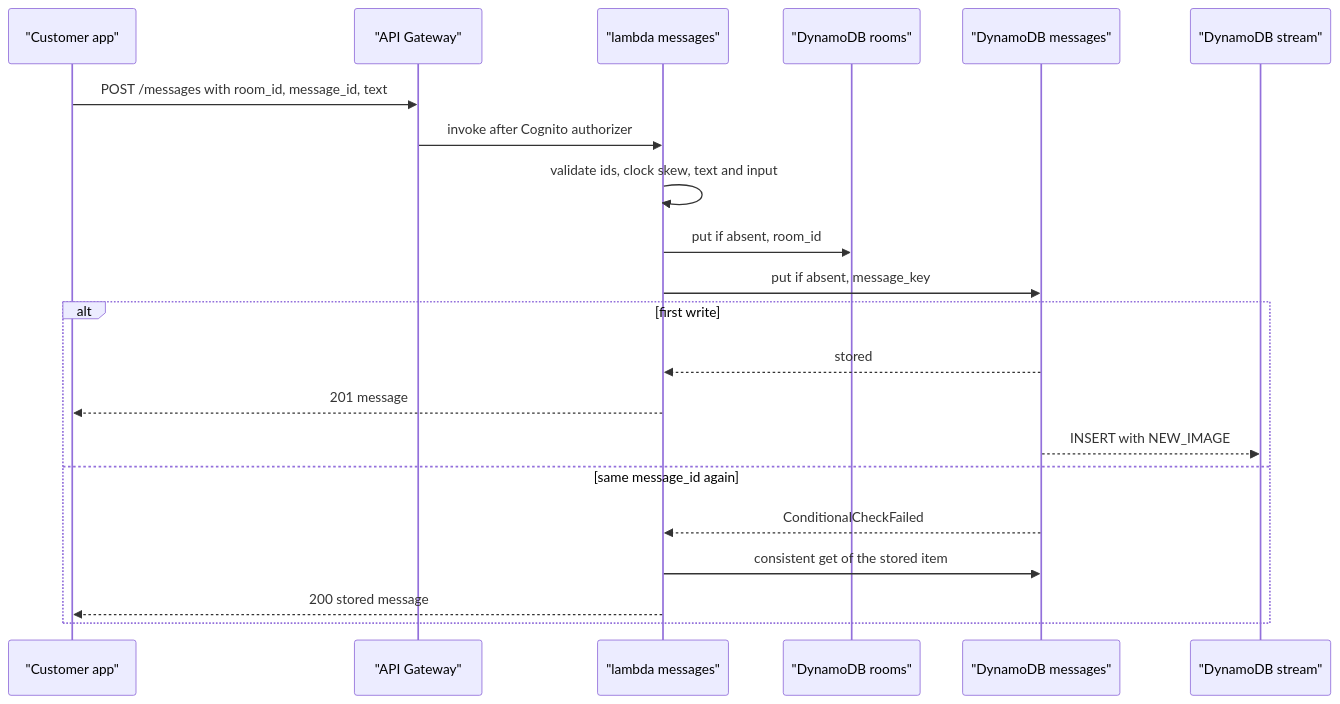
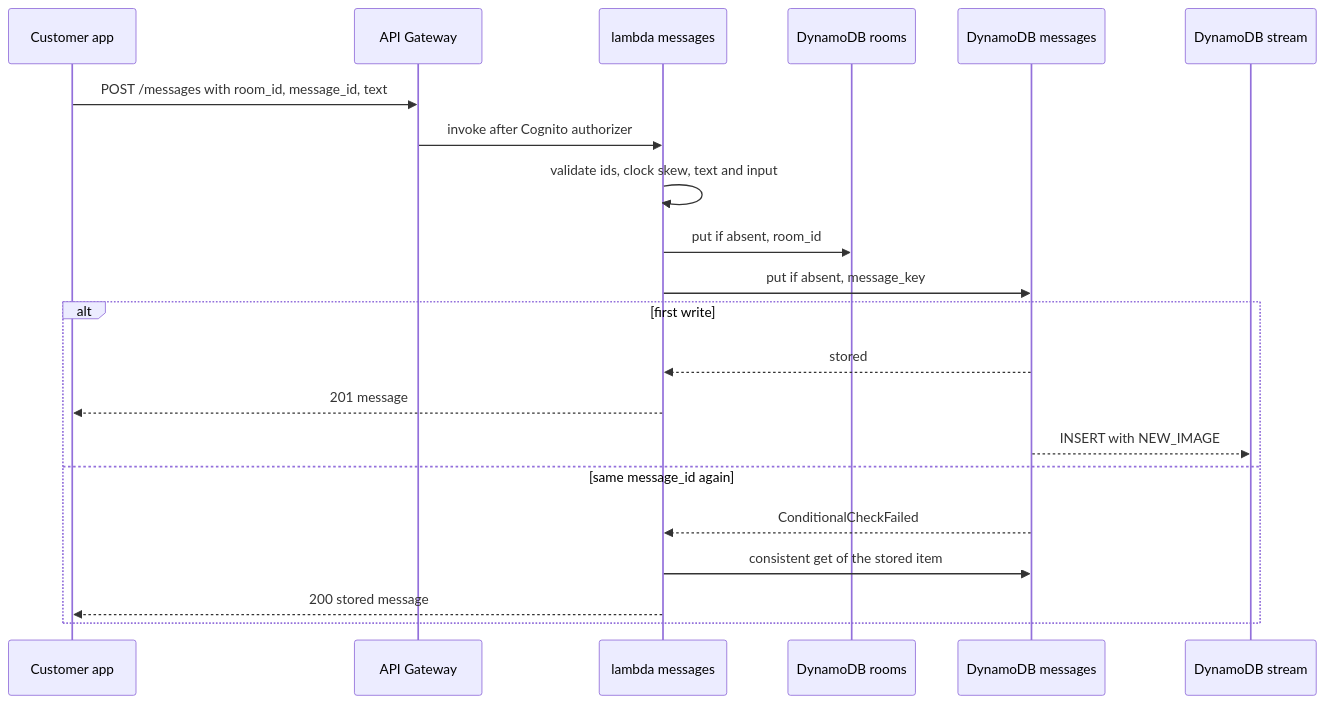
The second of 6 diagrams in docs/modules/messaging/flows.md (Team-ACGS/factored-hackathon-2026-acgs), drawn with Mermaid before and after one commit. The commit also changed other lines of this file and 6 other files, not shown here.

Commit message:
docs(assistant,cases,data,identity,messaging): reviewer findings on flows and readme, round 2

````diff
--- a/docs/modules/messaging/flows.md
+++ b/docs/modules/messaging/flows.md
@@ -81,24 +81,24 @@
 ```mermaid
 sequenceDiagram
-    participant App as "Customer app"
-    participant GW as "API Gateway"
-    participant M as "lambda messages"
-    participant Rooms as "DynamoDB rooms"
-    participant Msgs as "DynamoDB messages"
-    participant Str as "DynamoDB stream"
+    participant App as Customer app
+    participant GW as API Gateway
+    participant M as lambda messages
+    participant Rooms as DynamoDB rooms
+    participant Msgs as DynamoDB messages
+    participant Str as DynamoDB stream
 
     App->>GW: POST /messages with room_id, message_id, text
     GW->>M: invoke after Cognito authorizer
     M->>M: validate ids, clock skew, text and input
     M->>Rooms: put if absent, room_id
     M->>Msgs: put if absent, message_key
     alt first write
         Msgs-->>M: stored
         M-->>App: 201 message
         Msgs-->>Str: INSERT with NEW_IMAGE
     else same message_id again
         Msgs-->>M: ConditionalCheckFailed
         M->>Msgs: consistent get of the stored item
         M-->>App: 200 stored message
     end
 ```
````
